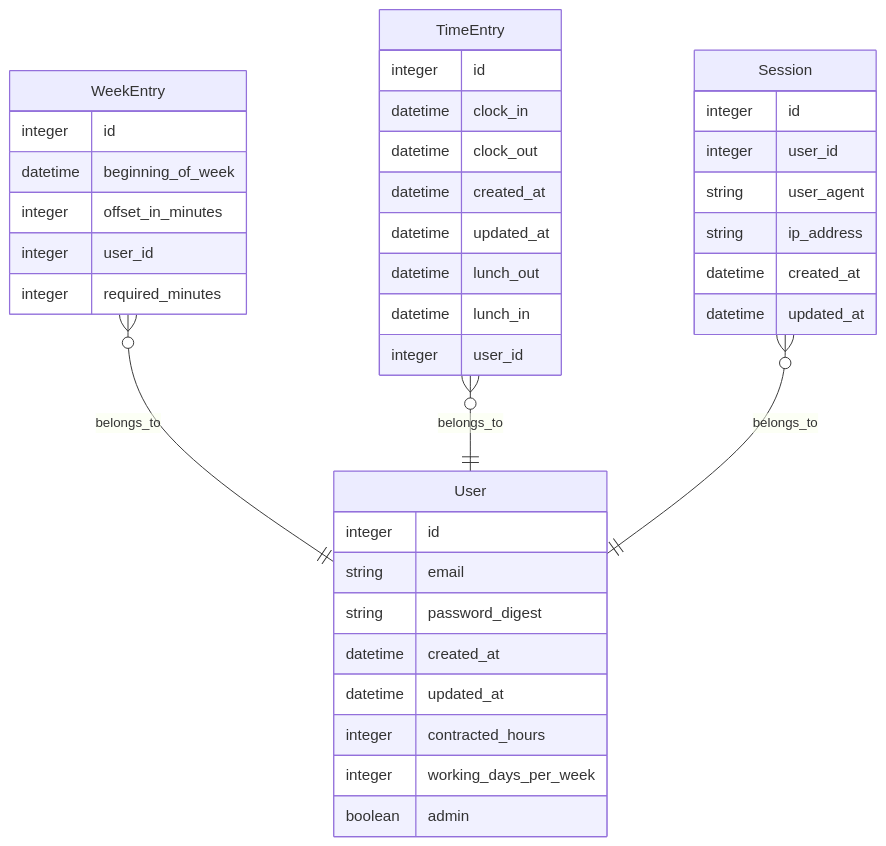
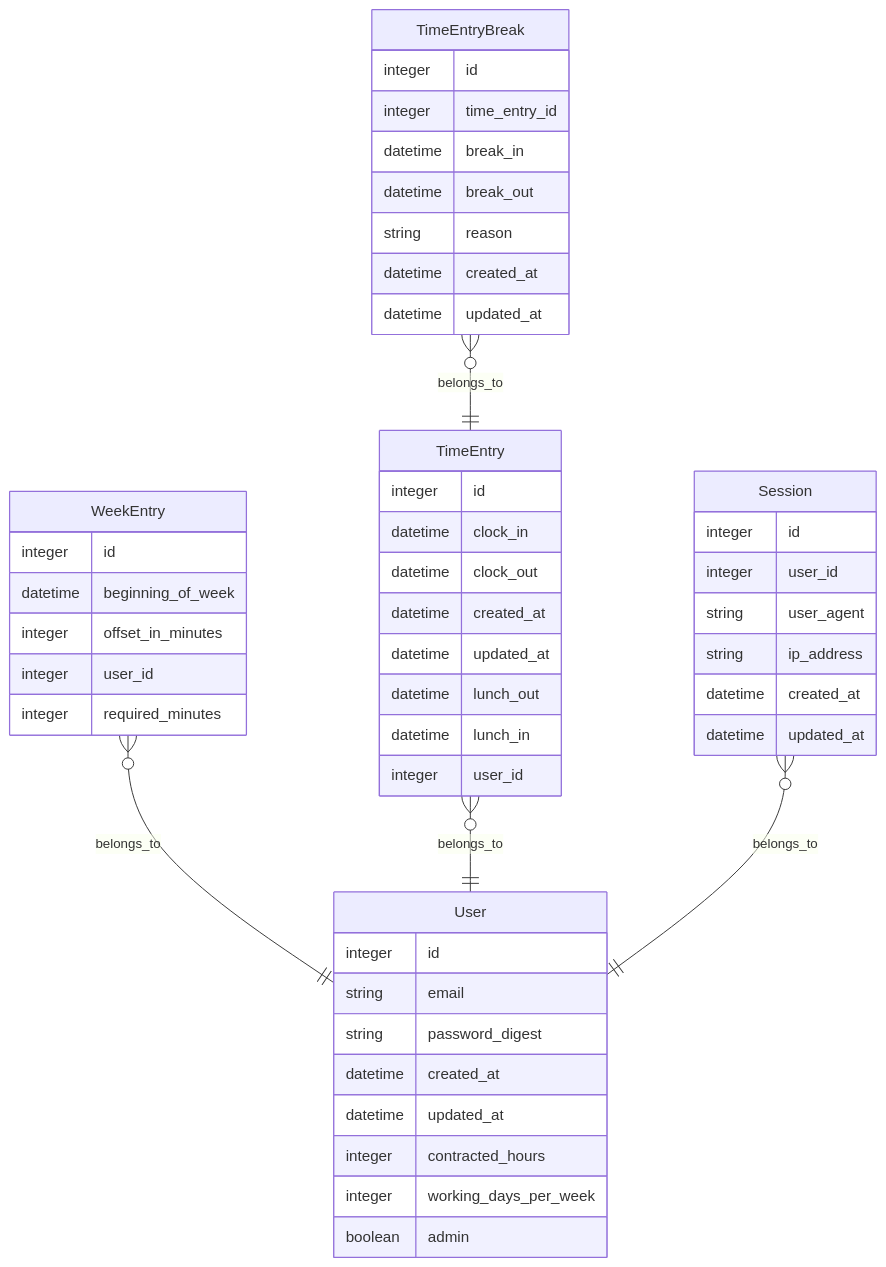
One commit to avinhurry/flexitime changed the diagram in documentation/domain-model.md. Above: the diagram before and after it, drawn with Mermaid. The commit also changed 2 other files, not shown here.

Commit message:
Migration `CreateTimeEntryBreaks`

````diff
--- a/documentation/domain-model.md
+++ b/documentation/domain-model.md
@@ -1,41 +1,51 @@
 ```mermaid
 erDiagram
   WeekEntry {
     integer id
     datetime beginning_of_week
     integer offset_in_minutes
     integer user_id
     integer required_minutes
   }
   WeekEntry }o--|| User : belongs_to
   User {
     integer id
     string email
     string password_digest
     datetime created_at
     datetime updated_at
     integer contracted_hours
     integer working_days_per_week
     boolean admin
   }
+  TimeEntryBreak {
+    integer id
+    integer time_entry_id
+    datetime break_in
+    datetime break_out
+    string reason
+    datetime created_at
+    datetime updated_at
+  }
+  TimeEntryBreak }o--|| TimeEntry : belongs_to
   TimeEntry {
     integer id
     datetime clock_in
     datetime clock_out
     datetime created_at
     datetime updated_at
     datetime lunch_out
     datetime lunch_in
     integer user_id
   }
   TimeEntry }o--|| User : belongs_to
   Session {
     integer id
     integer user_id
     string user_agent
     string ip_address
     datetime created_at
     datetime updated_at
   }
   Session }o--|| User : belongs_to
 ```
````
